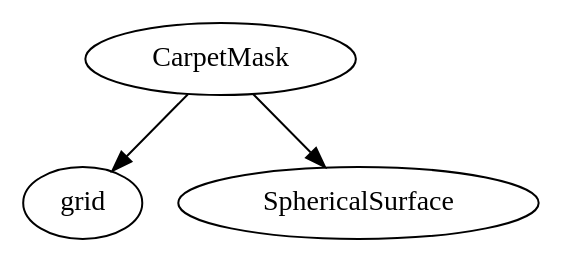
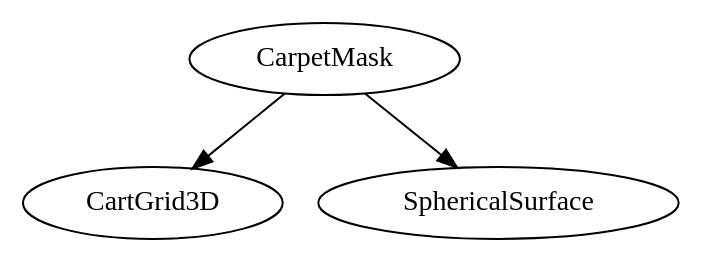
Diagram 11 of 11 in note/Guide/AMR.rst (YuLiumt/Cactus), drawn with Graphviz before and after one commit. The commit also changed other lines of this file and 91 other files, not shown here.

```diff
--- a/note/Guide/AMR.rst
+++ b/note/Guide/AMR.rst
@@ -273,4 +491,4 @@
 .. digraph:: foo
 
-   "CarpetMask" -> "grid";
+   "CarpetMask" -> "CartGrid3D";
    "CarpetMask" -> "SphericalSurface";
```
